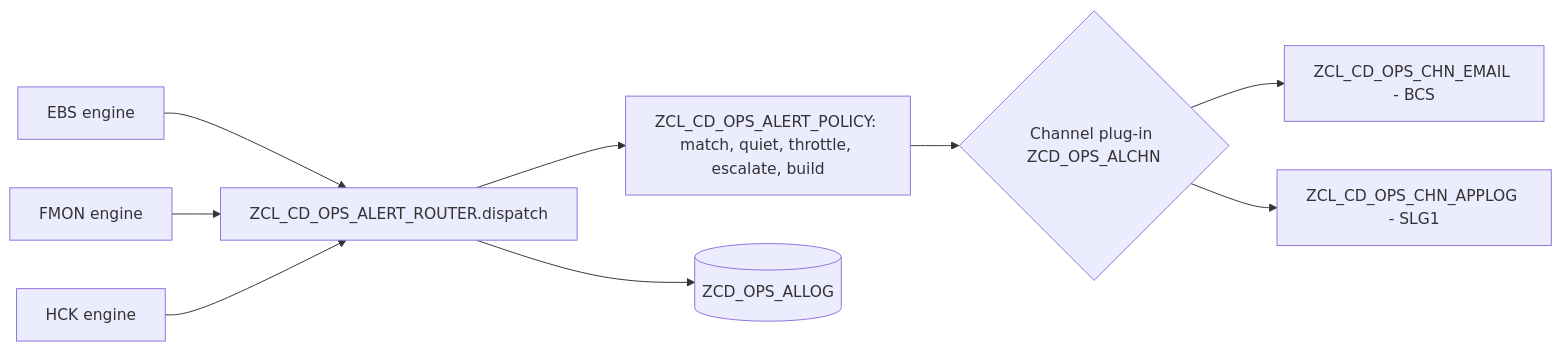
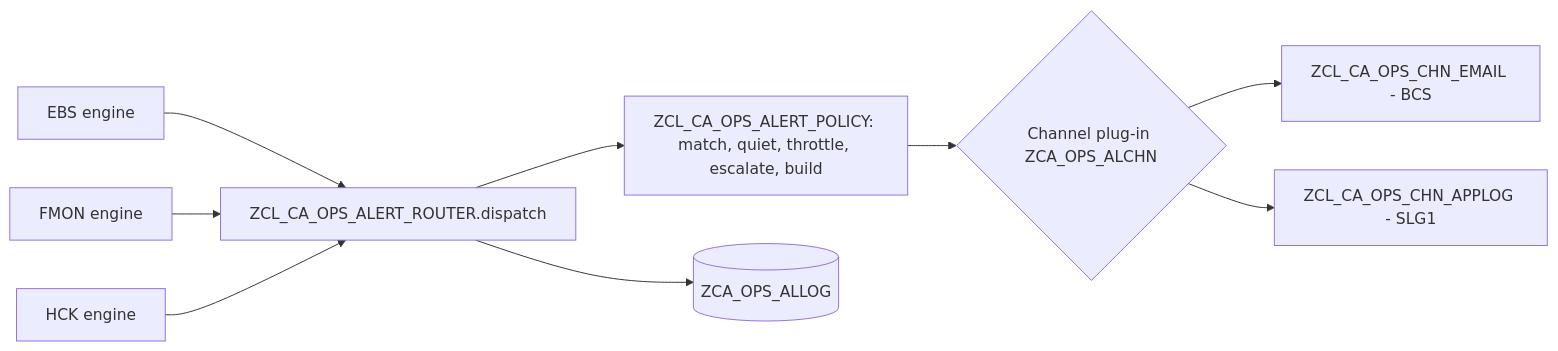
One commit to jaideep247/bai changed the diagram in ops-suite/docs/ALERTING.md. Above: the diagram before and after it, drawn with Mermaid. The commit also changed other lines of this file and 777 other files, not shown here.

First line of the commit message:
ops-framework: extract ZCA_OPS from the ops suite - work in progress (sources moved, types / factory / util / params / purge / alert section split) [skip ci]

````diff
--- a/ops-suite/docs/ALERTING.md
+++ b/ops-suite/docs/ALERTING.md
@@ -41,11 +41,11 @@
 ```mermaid
 flowchart LR
   EBS[EBS engine] --> R
   FMON[FMON engine] --> R
   HCK[HCK engine] --> R
-  R[ZCL_CD_OPS_ALERT_ROUTER.dispatch] --> P[ZCL_CD_OPS_ALERT_POLICY: match, quiet, throttle, escalate, build]
-  P --> C{Channel plug-in ZCD_OPS_ALCHN}
-  C --> M[ZCL_CD_OPS_CHN_EMAIL - BCS]
-  C --> L[ZCL_CD_OPS_CHN_APPLOG - SLG1]
-  R --> LOG[(ZCD_OPS_ALLOG)]
+  R[ZCL_CA_OPS_ALERT_ROUTER.dispatch] --> P[ZCL_CA_OPS_ALERT_POLICY: match, quiet, throttle, escalate, build]
+  P --> C{Channel plug-in ZCA_OPS_ALCHN}
+  C --> M[ZCL_CA_OPS_CHN_EMAIL - BCS]
+  C --> L[ZCL_CA_OPS_CHN_APPLOG - SLG1]
+  R --> LOG[(ZCA_OPS_ALLOG)]
 ```
````
